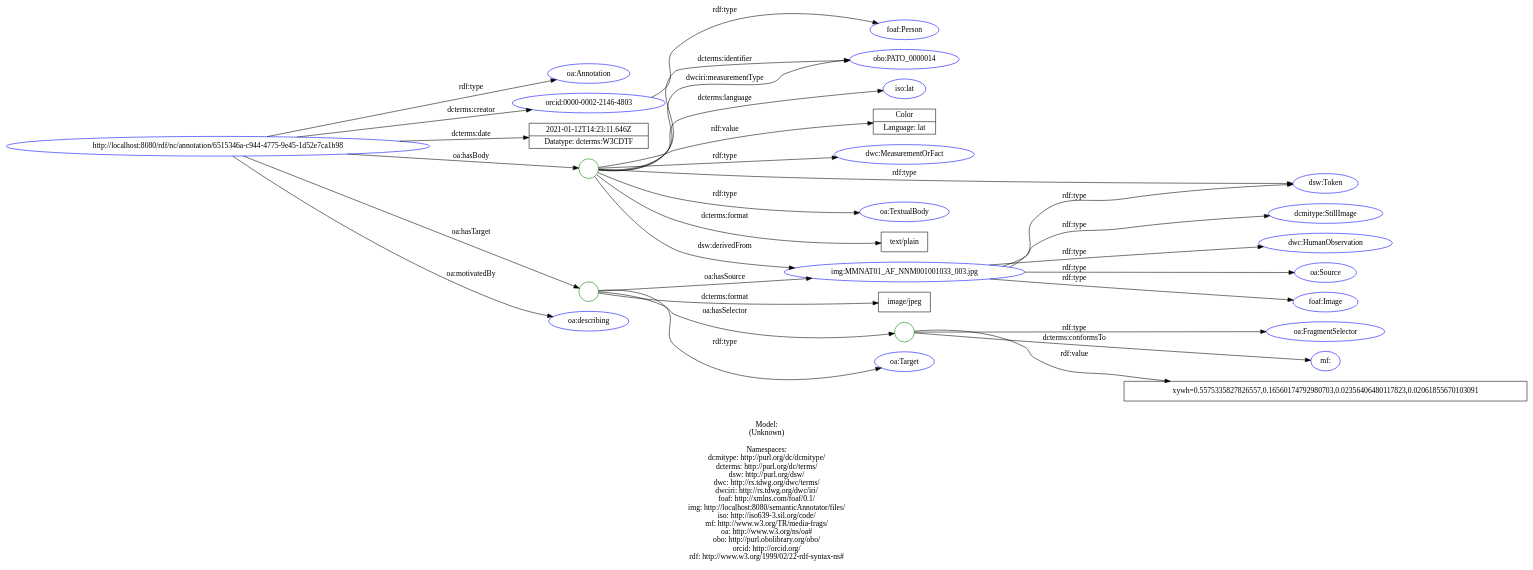
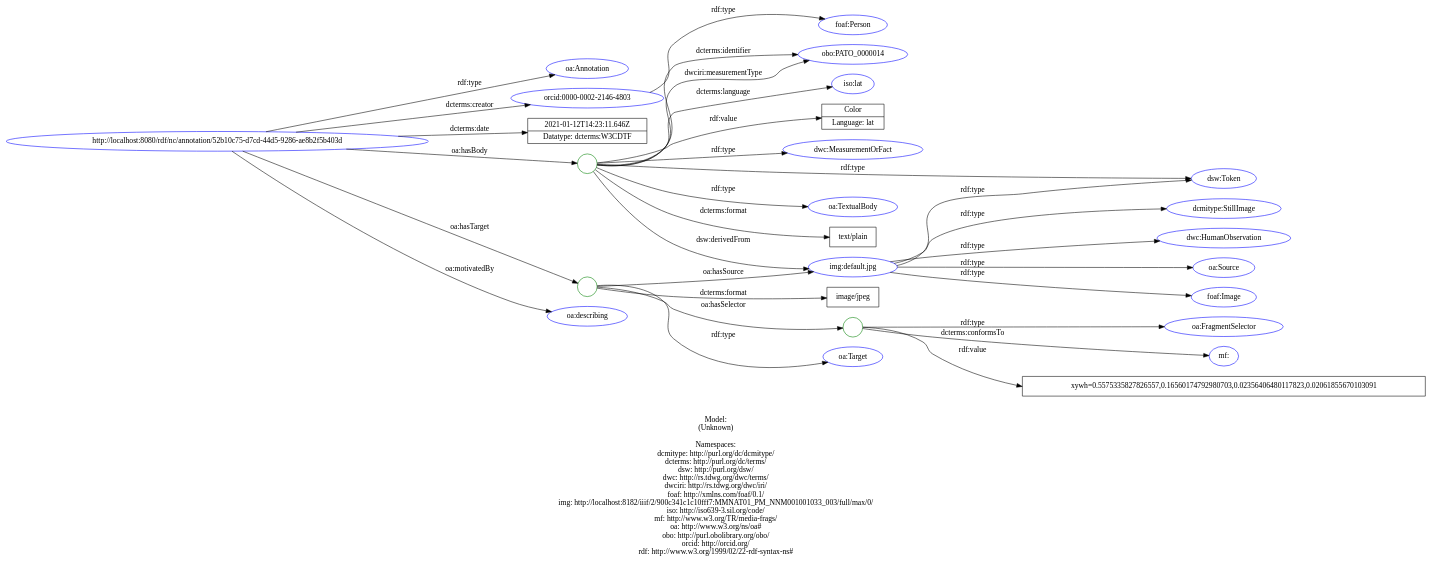
The diagram in doc/models/example_5_1.dot (lisestork/SFB-Annotator), drawn with Graphviz before and after one commit. The commit also changed 23 other files, not shown here.

Commit message:
Update RDF graphs & SVG plots.

```diff
--- a/doc/models/example_5_1.dot
+++ b/doc/models/example_5_1.dot
@@ -1,67 +1,67 @@
 digraph {
 	rankdir = LR;
 	charset="utf-8";
 
-	"Rhttp://localhost:8080/rdf/nc/annotation/6515346a-c944-4775-9e45-1d52e7ca1b98" -> "Roa:Annotation" [ label="rdf:type" ];
-	"Rhttp://localhost:8080/rdf/nc/annotation/6515346a-c944-4775-9e45-1d52e7ca1b98" -> "Rorcid:0000-0002-2146-4803" [ label="dcterms:creator" ];
-	"Rhttp://localhost:8080/rdf/nc/annotation/6515346a-c944-4775-9e45-1d52e7ca1b98" -> "L2021-01-12T14:23:11.646Z|Datatype: dcterms:W3CDTF" [ label="dcterms:date" ];
-	"Rhttp://localhost:8080/rdf/nc/annotation/6515346a-c944-4775-9e45-1d52e7ca1b98" -> "B_:node1f0go8rutx26" [ label="oa:hasBody" ];
-	"B_:node1f0go8rutx26" -> "Rdsw:Token" [ label="rdf:type" ];
-	"B_:node1f0go8rutx26" -> "Rdwc:MeasurementOrFact" [ label="rdf:type" ];
-	"B_:node1f0go8rutx26" -> "Roa:TextualBody" [ label="rdf:type" ];
-	"B_:node1f0go8rutx26" -> "Ltext/plain" [ label="dcterms:format" ];
-	"B_:node1f0go8rutx26" -> "Robo:PATO_0000014" [ label="dcterms:identifier" ];
-	"B_:node1f0go8rutx26" -> "Riso:lat" [ label="dcterms:language" ];
-	"B_:node1f0go8rutx26" -> "Rimg:MMNAT01_AF_NNM001001033_003.jpg" [ label="dsw:derivedFrom" ];
-	"B_:node1f0go8rutx26" -> "Robo:PATO_0000014" [ label="dwciri:measurementType" ];
-	"B_:node1f0go8rutx26" -> "LColor|Language: lat" [ label="rdf:value" ];
-	"Rhttp://localhost:8080/rdf/nc/annotation/6515346a-c944-4775-9e45-1d52e7ca1b98" -> "B_:node1f0go8rutx25" [ label="oa:hasTarget" ];
-	"B_:node1f0go8rutx25" -> "Roa:Target" [ label="rdf:type" ];
-	"B_:node1f0go8rutx25" -> "Limage/jpeg" [ label="dcterms:format" ];
-	"B_:node1f0go8rutx25" -> "B_:node1f0go8rutx28" [ label="oa:hasSelector" ];
-	"B_:node1f0go8rutx28" -> "Roa:FragmentSelector" [ label="rdf:type" ];
-	"B_:node1f0go8rutx28" -> "Rmf:" [ label="dcterms:conformsTo" ];
-	"B_:node1f0go8rutx28" -> "Lxywh=0.5575335827826557,0.16560174792980703,0.02356406480117823,0.02061855670103091" [ label="rdf:value" ];
-	"B_:node1f0go8rutx25" -> "Rimg:MMNAT01_AF_NNM001001033_003.jpg" [ label="oa:hasSource" ];
-	"Rhttp://localhost:8080/rdf/nc/annotation/6515346a-c944-4775-9e45-1d52e7ca1b98" -> "Roa:describing" [ label="oa:motivatedBy" ];
+	"Rhttp://localhost:8080/rdf/nc/annotation/52b10c75-d7cd-44d5-9286-ae8b2f5b403d" -> "Roa:Annotation" [ label="rdf:type" ];
+	"Rhttp://localhost:8080/rdf/nc/annotation/52b10c75-d7cd-44d5-9286-ae8b2f5b403d" -> "Rorcid:0000-0002-2146-4803" [ label="dcterms:creator" ];
+	"Rhttp://localhost:8080/rdf/nc/annotation/52b10c75-d7cd-44d5-9286-ae8b2f5b403d" -> "L2021-01-12T14:23:11.646Z|Datatype: dcterms:W3CDTF" [ label="dcterms:date" ];
+	"Rhttp://localhost:8080/rdf/nc/annotation/52b10c75-d7cd-44d5-9286-ae8b2f5b403d" -> "B_:node1f0gq2gelx69" [ label="oa:hasBody" ];
+	"B_:node1f0gq2gelx69" -> "Rdsw:Token" [ label="rdf:type" ];
+	"B_:node1f0gq2gelx69" -> "Rdwc:MeasurementOrFact" [ label="rdf:type" ];
+	"B_:node1f0gq2gelx69" -> "Roa:TextualBody" [ label="rdf:type" ];
+	"B_:node1f0gq2gelx69" -> "Ltext/plain" [ label="dcterms:format" ];
+	"B_:node1f0gq2gelx69" -> "Robo:PATO_0000014" [ label="dcterms:identifier" ];
+	"B_:node1f0gq2gelx69" -> "Riso:lat" [ label="dcterms:language" ];
+	"B_:node1f0gq2gelx69" -> "Rimg:default.jpg" [ label="dsw:derivedFrom" ];
+	"B_:node1f0gq2gelx69" -> "Robo:PATO_0000014" [ label="dwciri:measurementType" ];
+	"B_:node1f0gq2gelx69" -> "LColor|Language: lat" [ label="rdf:value" ];
+	"Rhttp://localhost:8080/rdf/nc/annotation/52b10c75-d7cd-44d5-9286-ae8b2f5b403d" -> "B_:node1f0gq2gelx68" [ label="oa:hasTarget" ];
+	"B_:node1f0gq2gelx68" -> "Roa:Target" [ label="rdf:type" ];
+	"B_:node1f0gq2gelx68" -> "Limage/jpeg" [ label="dcterms:format" ];
+	"B_:node1f0gq2gelx68" -> "B_:node1f0gq2gelx71" [ label="oa:hasSelector" ];
+	"B_:node1f0gq2gelx71" -> "Roa:FragmentSelector" [ label="rdf:type" ];
+	"B_:node1f0gq2gelx71" -> "Rmf:" [ label="dcterms:conformsTo" ];
+	"B_:node1f0gq2gelx71" -> "Lxywh=0.5575335827826557,0.16560174792980703,0.02356406480117823,0.02061855670103091" [ label="rdf:value" ];
+	"B_:node1f0gq2gelx68" -> "Rimg:default.jpg" [ label="oa:hasSource" ];
+	"Rhttp://localhost:8080/rdf/nc/annotation/52b10c75-d7cd-44d5-9286-ae8b2f5b403d" -> "Roa:describing" [ label="oa:motivatedBy" ];
 	"Rorcid:0000-0002-2146-4803" -> "Rfoaf:Person" [ label="rdf:type" ];
-	"Rimg:MMNAT01_AF_NNM001001033_003.jpg" -> "Rdcmitype:StillImage" [ label="rdf:type" ];
-	"Rimg:MMNAT01_AF_NNM001001033_003.jpg" -> "Rdsw:Token" [ label="rdf:type" ];
-	"Rimg:MMNAT01_AF_NNM001001033_003.jpg" -> "Rdwc:HumanObservation" [ label="rdf:type" ];
-	"Rimg:MMNAT01_AF_NNM001001033_003.jpg" -> "Roa:Source" [ label="rdf:type" ];
-	"Rimg:MMNAT01_AF_NNM001001033_003.jpg" -> "Rfoaf:Image" [ label="rdf:type" ];
+	"Rimg:default.jpg" -> "Rdcmitype:StillImage" [ label="rdf:type" ];
+	"Rimg:default.jpg" -> "Rdsw:Token" [ label="rdf:type" ];
+	"Rimg:default.jpg" -> "Rdwc:HumanObservation" [ label="rdf:type" ];
+	"Rimg:default.jpg" -> "Roa:Source" [ label="rdf:type" ];
+	"Rimg:default.jpg" -> "Rfoaf:Image" [ label="rdf:type" ];
 
 	// Resources
-	"Rhttp://localhost:8080/rdf/nc/annotation/6515346a-c944-4775-9e45-1d52e7ca1b98" [ label="http://localhost:8080/rdf/nc/annotation/6515346a-c944-4775-9e45-1d52e7ca1b98", shape = ellipse, color = blue ];
+	"Rhttp://localhost:8080/rdf/nc/annotation/52b10c75-d7cd-44d5-9286-ae8b2f5b403d" [ label="http://localhost:8080/rdf/nc/annotation/52b10c75-d7cd-44d5-9286-ae8b2f5b403d", shape = ellipse, color = blue ];
 	"Roa:Annotation" [ label="oa:Annotation", shape = ellipse, color = blue ];
 	"Rorcid:0000-0002-2146-4803" [ label="orcid:0000-0002-2146-4803", shape = ellipse, color = blue ];
 	"Rdsw:Token" [ label="dsw:Token", shape = ellipse, color = blue ];
 	"Rdwc:MeasurementOrFact" [ label="dwc:MeasurementOrFact", shape = ellipse, color = blue ];
 	"Roa:TextualBody" [ label="oa:TextualBody", shape = ellipse, color = blue ];
 	"Robo:PATO_0000014" [ label="obo:PATO_0000014", shape = ellipse, color = blue ];
 	"Riso:lat" [ label="iso:lat", shape = ellipse, color = blue ];
-	"Rimg:MMNAT01_AF_NNM001001033_003.jpg" [ label="img:MMNAT01_AF_NNM001001033_003.jpg", shape = ellipse, color = blue ];
+	"Rimg:default.jpg" [ label="img:default.jpg", shape = ellipse, color = blue ];
 	"Roa:Target" [ label="oa:Target", shape = ellipse, color = blue ];
 	"Roa:FragmentSelector" [ label="oa:FragmentSelector", shape = ellipse, color = blue ];
 	"Rmf:" [ label="mf:", shape = ellipse, color = blue ];
 	"Roa:describing" [ label="oa:describing", shape = ellipse, color = blue ];
 	"Rfoaf:Person" [ label="foaf:Person", shape = ellipse, color = blue ];
 	"Rdcmitype:StillImage" [ label="dcmitype:StillImage", shape = ellipse, color = blue ];
 	"Rdwc:HumanObservation" [ label="dwc:HumanObservation", shape = ellipse, color = blue ];
 	"Roa:Source" [ label="oa:Source", shape = ellipse, color = blue ];
 	"Rfoaf:Image" [ label="foaf:Image", shape = ellipse, color = blue ];
 
 	// Anonymous nodes
-	"B_:node1f0go8rutx26" [ label="", shape = circle, color = green ];
-	"B_:node1f0go8rutx25" [ label="", shape = circle, color = green ];
-	"B_:node1f0go8rutx28" [ label="", shape = circle, color = green ];
+	"B_:node1f0gq2gelx69" [ label="", shape = circle, color = green ];
+	"B_:node1f0gq2gelx68" [ label="", shape = circle, color = green ];
+	"B_:node1f0gq2gelx71" [ label="", shape = circle, color = green ];
 
 	// Literals
 	"L2021-01-12T14:23:11.646Z|Datatype: dcterms:W3CDTF" [ label="2021-01-12T14:23:11.646Z|Datatype: dcterms:W3CDTF", shape = record ];
 	"Ltext/plain" [ label="text/plain", shape = record ];
 	"LColor|Language: lat" [ label="Color|Language: lat", shape = record ];
 	"Limage/jpeg" [ label="image/jpeg", shape = record ];
 	"Lxywh=0.5575335827826557,0.16560174792980703,0.02356406480117823,0.02061855670103091" [ label="xywh=0.5575335827826557,0.16560174792980703,0.02356406480117823,0.02061855670103091", shape = record ];
 
-	label="\n\nModel:\n(Unknown)\n\nNamespaces:\ndcmitype: http://purl.org/dc/dcmitype/\ndcterms: http://purl.org/dc/terms/\ndsw: http://purl.org/dsw/\ndwc: http://rs.tdwg.org/dwc/terms/\ndwciri: http://rs.tdwg.org/dwc/iri/\nfoaf: http://xmlns.com/foaf/0.1/\nimg: http://localhost:8080/semanticAnnotator/files/\niso: http://iso639-3.sil.org/code/\nmf: http://www.w3.org/TR/media-frags/\noa: http://www.w3.org/ns/oa#\nobo: http://purl.obolibrary.org/obo/\norcid: http://orcid.org/\nrdf: http://www.w3.org/1999/02/22-rdf-syntax-ns#\n";
+	label="\n\nModel:\n(Unknown)\n\nNamespaces:\ndcmitype: http://purl.org/dc/dcmitype/\ndcterms: http://purl.org/dc/terms/\ndsw: http://purl.org/dsw/\ndwc: http://rs.tdwg.org/dwc/terms/\ndwciri: http://rs.tdwg.org/dwc/iri/\nfoaf: http://xmlns.com/foaf/0.1/\nimg: http://localhost:8182/iiif/2/900c341c1c10fff7:MMNAT01_PM_NNM001001033_003/full/max/0/\niso: http://iso639-3.sil.org/code/\nmf: http://www.w3.org/TR/media-frags/\noa: http://www.w3.org/ns/oa#\nobo: http://purl.obolibrary.org/obo/\norcid: http://orcid.org/\nrdf: http://www.w3.org/1999/02/22-rdf-syntax-ns#\n";
 }
```
